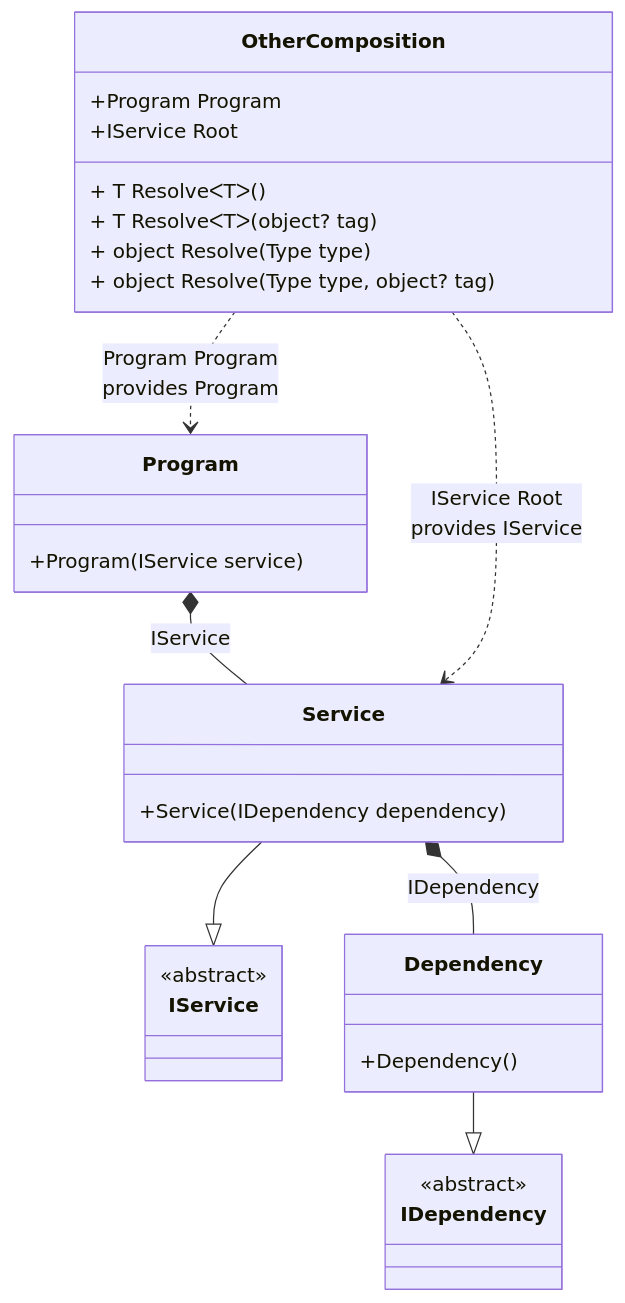
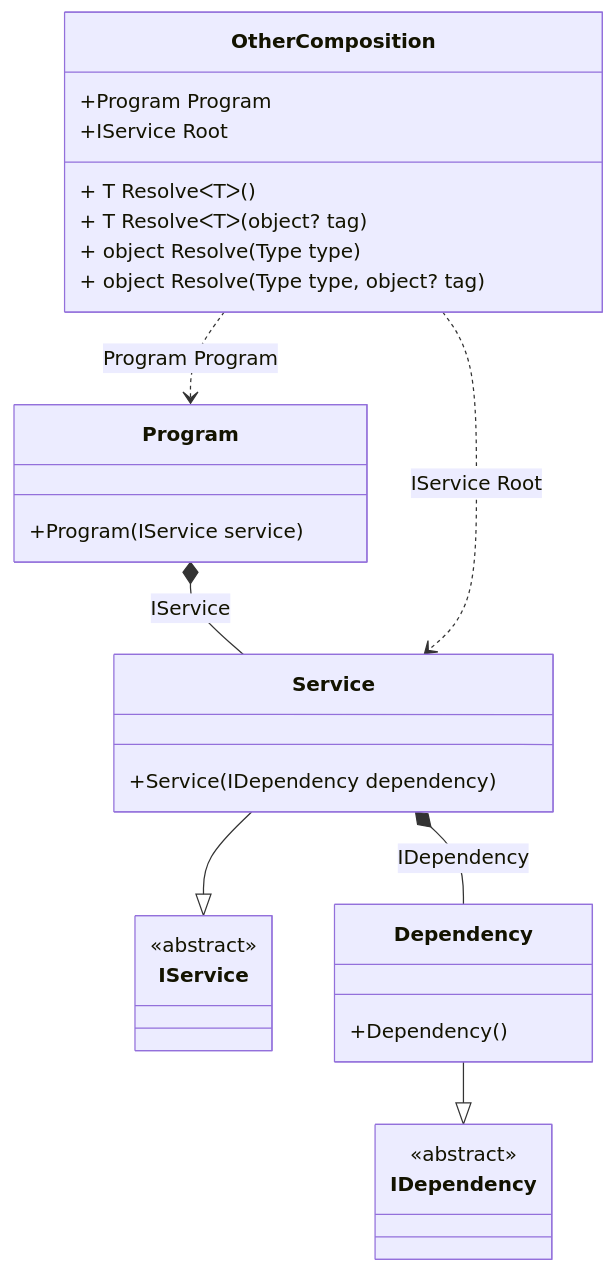
One commit to DevTeam/Pure.DI changed the diagram in readme/dependent-compositions.md. Above: the diagram before and after it, drawn with Mermaid. The commit also changed other lines of this file and 74 other files, not shown here.

````diff
--- a/readme/dependent-compositions.md
+++ b/readme/dependent-compositions.md
@@ -51,32 +51,32 @@
 ```mermaid
 classDiagram
   class OtherComposition {
     +Program Program
     +IService Root
     + T ResolveᐸTᐳ()
     + T ResolveᐸTᐳ(object? tag)
     + object Resolve(Type type)
     + object Resolve(Type type, object? tag)
   }
   class Program {
     +Program(IService service)
   }
   Service --|> IService : 
   class Service {
     +Service(IDependency dependency)
   }
   Dependency --|> IDependency : 
   class Dependency {
     +Dependency()
   }
   class IService {
     <<abstract>>
   }
   class IDependency {
     <<abstract>>
   }
   Program *--  Service : IService
   Service *--  Dependency : IDependency
-  OtherComposition ..> Service : IService Root<br/>provides IService
-  OtherComposition ..> Program : Program Program<br/>provides Program
+  OtherComposition ..> Service : IService Root
+  OtherComposition ..> Program : Program Program
 ```
````
